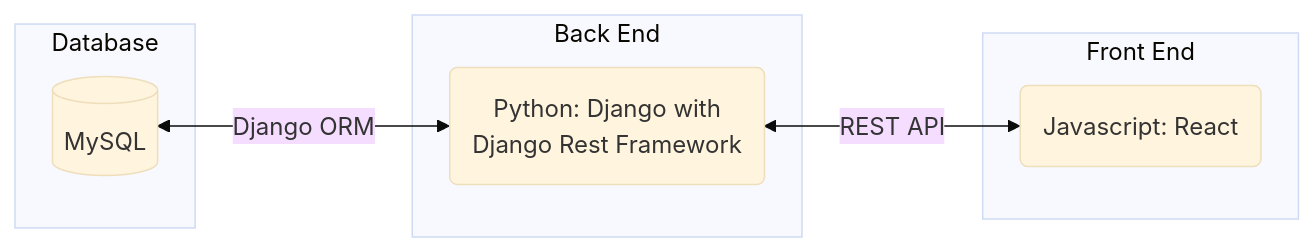
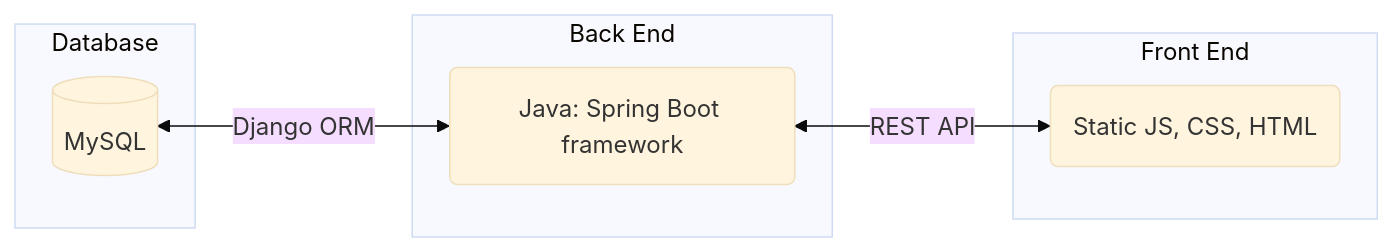
One commit to vincent-li-1/StockSync changed the first of 10 diagrams in requirements_specifications_template.md. Above: the diagram before and after it, drawn with Mermaid (base theme).

Commit message:
Update Technology stack

````diff
--- a/requirements_specifications_template.md
+++ b/requirements_specifications_template.md
@@ -97,17 +97,17 @@
 ```mermaid
 flowchart RL
 subgraph Front End
-	A(Javascript: React)
+	A(Static JS, CSS, HTML)
 end
 	
 subgraph Back End
-	B(Python: Django with \nDjango Rest Framework)
+	B(Java: Spring Boot framework)
 end
 	
 subgraph Database
 	C[(MySQL)]
 end
 
 A <-->|"REST API"| B
 B <-->|Django ORM| C
 ```
````
